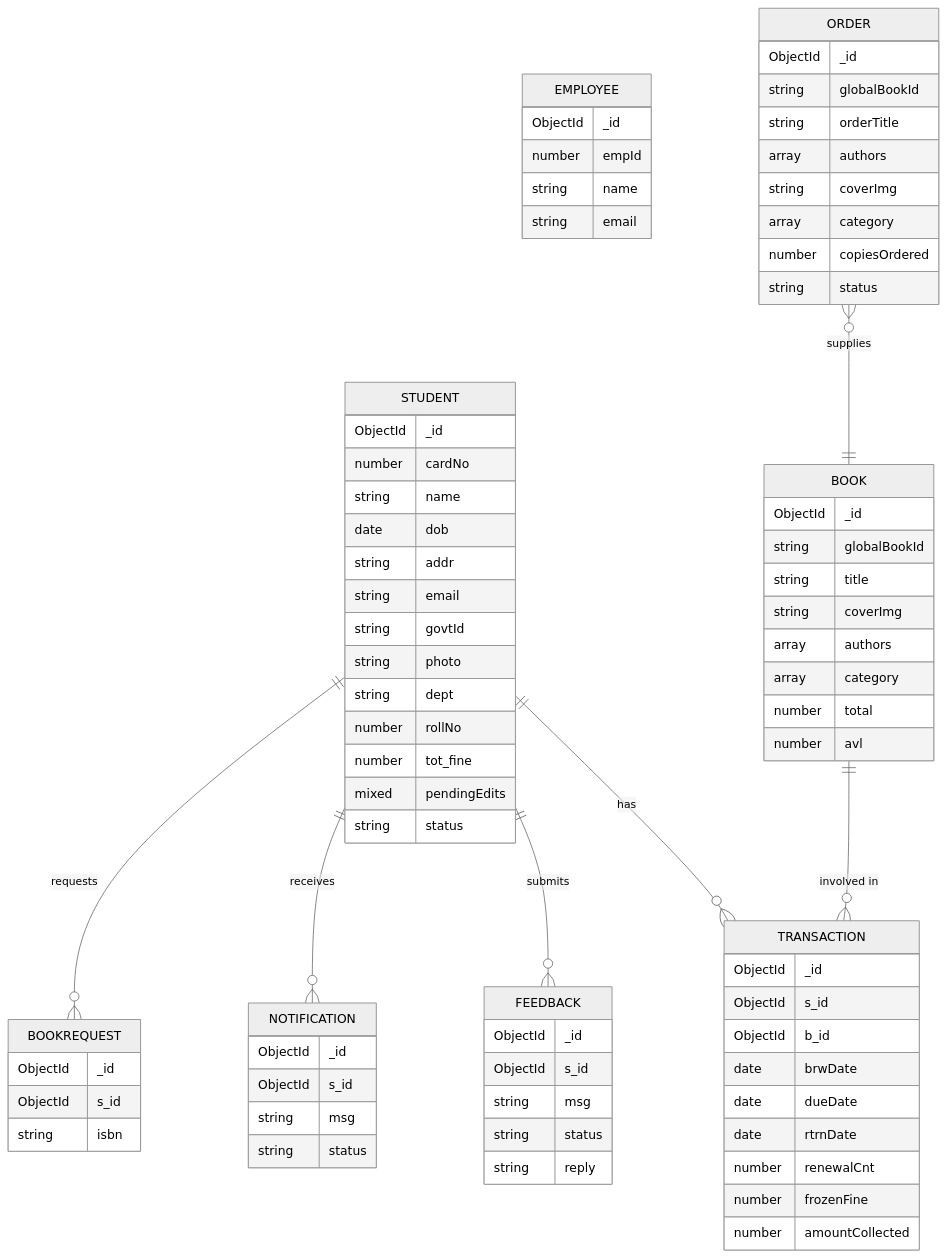
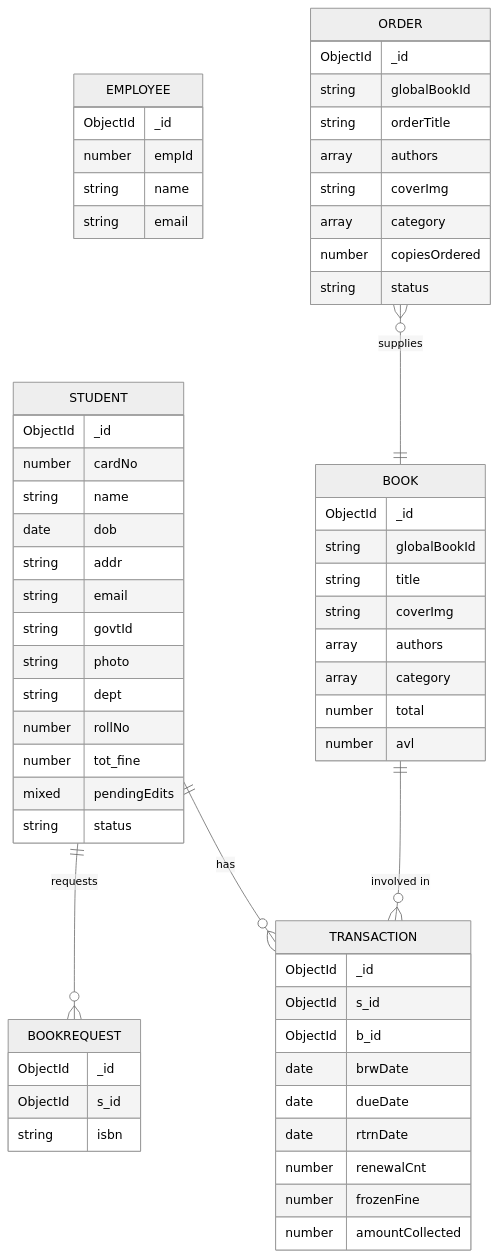
Before and after one commit to deboditray2004/LibProj: the diagram in README.md, drawn with Mermaid (neutral theme). The commit also changed other lines of this file, not shown here.

````diff
--- a/README.md
+++ b/README.md
@@ -26,80 +26,64 @@
 ```mermaid
 erDiagram
     STUDENT {
         ObjectId _id
         number cardNo
         string name
         date dob
         string addr
         string email
         string govtId
         string photo
         string dept
         number rollNo
         number tot_fine
         mixed pendingEdits
         string status
     }
     EMPLOYEE {
         ObjectId _id
         number empId
         string name
         string email
     }
     BOOK {
         ObjectId _id
         string globalBookId
         string title
         string coverImg
         array authors
         array category
         number total
         number avl
     }
     BOOKREQUEST {
         ObjectId _id
         ObjectId s_id
         string isbn
     }
     ORDER {
         ObjectId _id
         string globalBookId
         string orderTitle
         array authors
         string coverImg
         array category
         number copiesOrdered
         string status
     }
     TRANSACTION {
         ObjectId _id
         ObjectId s_id
         ObjectId b_id
         date brwDate
         date dueDate
         date rtrnDate
         number renewalCnt
         number frozenFine
         number amountCollected
     }
-    FEEDBACK {
-        ObjectId _id
-        ObjectId s_id
-        string msg
-        string status
-        string reply
-    }
-    NOTIFICATION {
-        ObjectId _id
-        ObjectId s_id
-        string msg
-        string status
-    }
-
     STUDENT ||--o{ TRANSACTION : "has"
-    STUDENT ||--o{ FEEDBACK : "submits"
-    STUDENT ||--o{ NOTIFICATION : "receives"
     STUDENT ||--o{ BOOKREQUEST : "requests"
     BOOK ||--o{ TRANSACTION : "involved in"
     ORDER }o--|| BOOK : "supplies"
 ```
````
